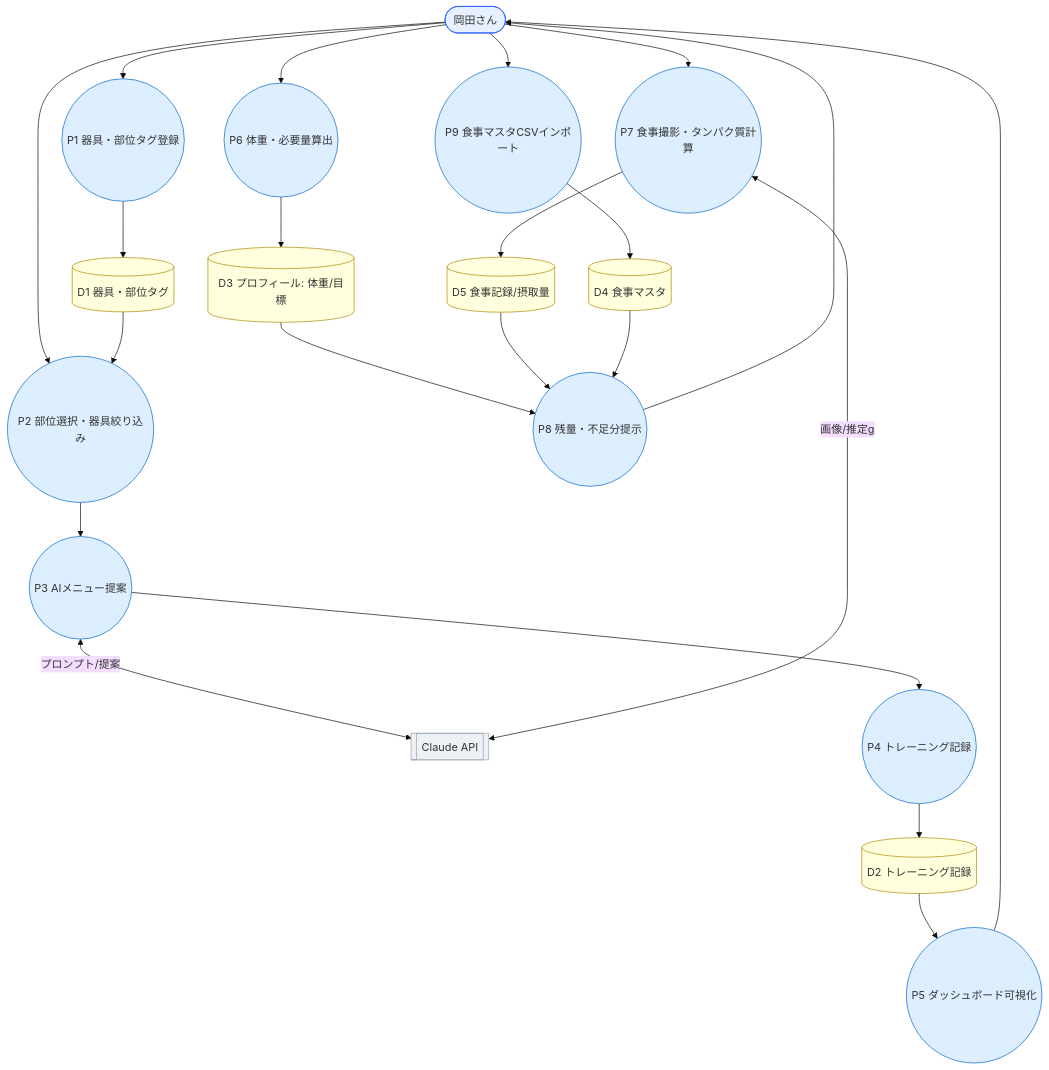
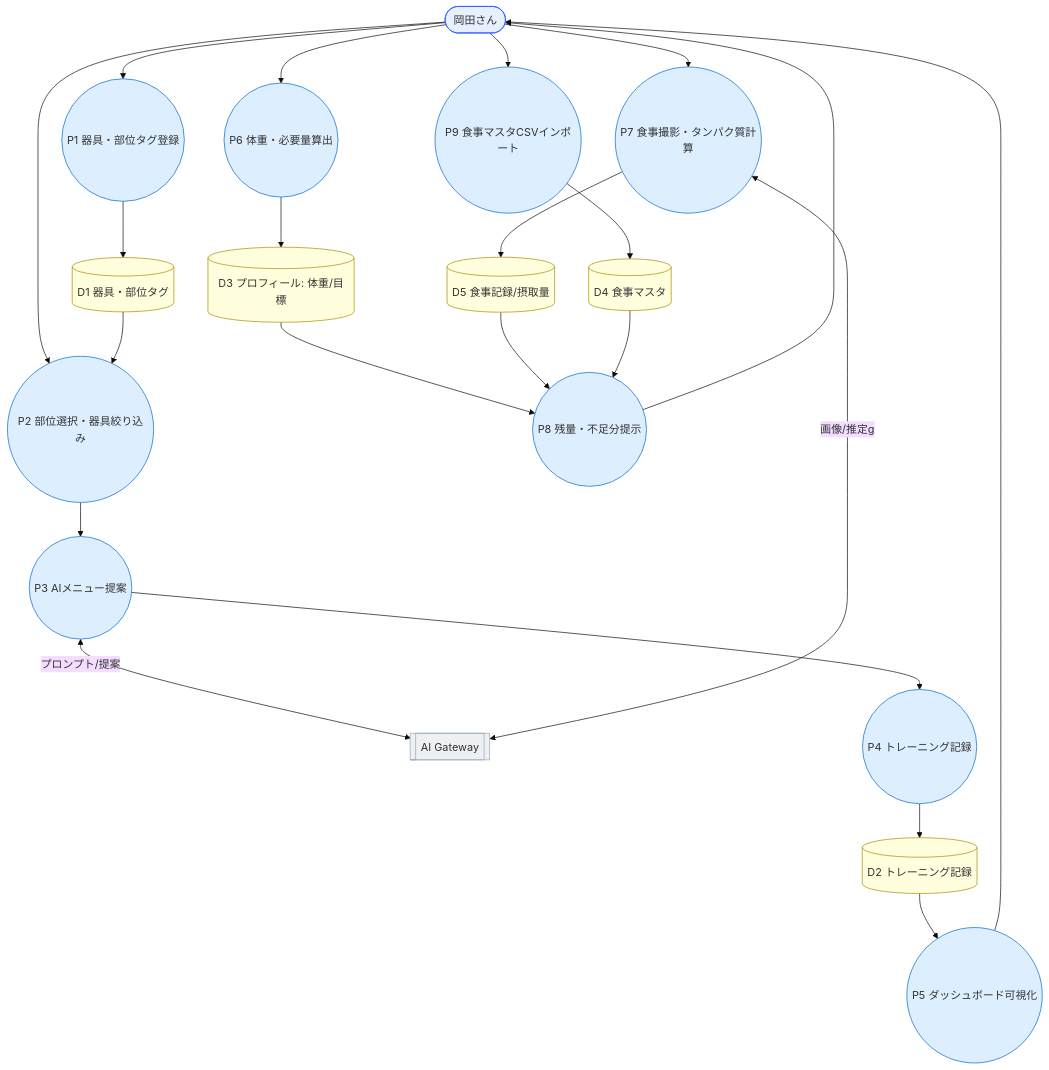
Before and after one commit to k-okada51/okada-fit: the second of 2 diagrams in docs/02_設計/10_システム基本設計/03_データフロー.md, drawn with Mermaid (base theme). The commit also changed other lines of this file and 10 other files, not shown here.

````diff
--- a/docs/02_設計/10_システム基本設計/03_データフロー.md
+++ b/docs/02_設計/10_システム基本設計/03_データフロー.md
@@ -50,40 +50,40 @@
 ```mermaid
 flowchart TB
   classDef biz fill:#e6f0ff,stroke:#2b5cff;
   classDef ext fill:#eef1f4,stroke:#98a2b3;
   classDef proc fill:#def,stroke:#06c;
   classDef ds fill:#ffd,stroke:#a80;
 
   USER(["岡田さん"]):::biz
-  CLAUDE[["Claude API"]]:::ext
+  AIGW[["AI Gateway"]]:::ext
 
   P1((P1 器具・部位タグ登録)):::proc
   P2((P2 部位選択・器具絞り込み)):::proc
   P3((P3 AIメニュー提案)):::proc
   P4((P4 トレーニング記録)):::proc
   P5((P5 ダッシュボード可視化)):::proc
   P6((P6 体重・必要量算出)):::proc
   P7((P7 食事撮影・タンパク質計算)):::proc
   P8((P8 残量・不足分提示)):::proc
   P9((P9 食事マスタCSVインポート)):::proc
 
   D1[(D1 器具・部位タグ)]:::ds
   D2[(D2 トレーニング記録)]:::ds
   D3[(D3 プロフィール: 体重/目標)]:::ds
   D4[(D4 食事マスタ)]:::ds
   D5[(D5 食事記録/摂取量)]:::ds
 
   USER --> P1 --> D1
   USER --> P2
   D1 --> P2 --> P3
-  P3 <-->|プロンプト/提案| CLAUDE
+  P3 <-->|プロンプト/提案| AIGW
   P3 --> P4 --> D2 --> P5 --> USER
   USER --> P6 --> D3
   USER --> P7
-  P7 <-->|画像/推定g| CLAUDE
+  P7 <-->|画像/推定g| AIGW
   P7 --> D5
   D3 --> P8
   D5 --> P8
   D4 --> P8 --> USER
   USER --> P9 --> D4
 ```
````
